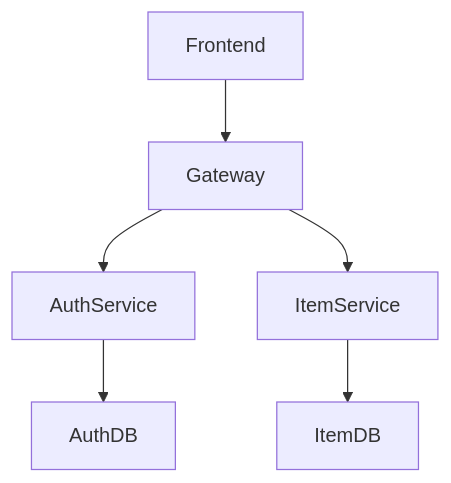
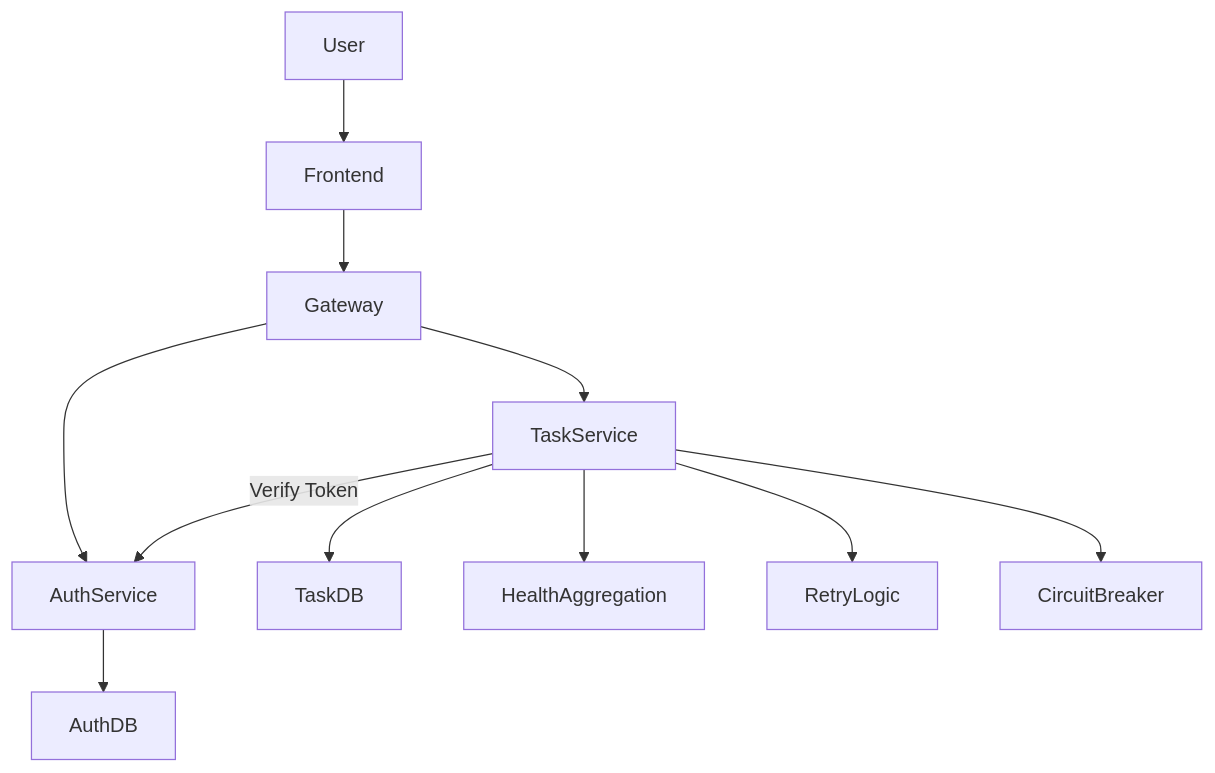
Before and after one commit to aidilsaputrakirsan-classroom/cc-kelompok-a-ethereal: the diagram in docs/architecture.md, drawn with Mermaid. The commit also changed other lines of this file and 1 other file, not shown here.

Commit message:
docs: update microservices architecture documentation

````diff
--- a/docs/architecture.md
+++ b/docs/architecture.md
@@ -21,11 +21,37 @@
 ```mermaid
+
 graph TD
+
+
+
+User --> Frontend
+
+
 
 Frontend --> Gateway
 
+
+
 Gateway --> AuthService
-Gateway --> ItemService
+
+Gateway --> TaskService
+
+
+
+TaskService -->|Verify Token| AuthService
+
+
 
 AuthService --> AuthDB
-ItemService --> ItemDB
+
+TaskService --> TaskDB
+
+
+
+TaskService --> HealthAggregation
+
+TaskService --> RetryLogic
+
+TaskService --> CircuitBreaker
+
 ```
````
